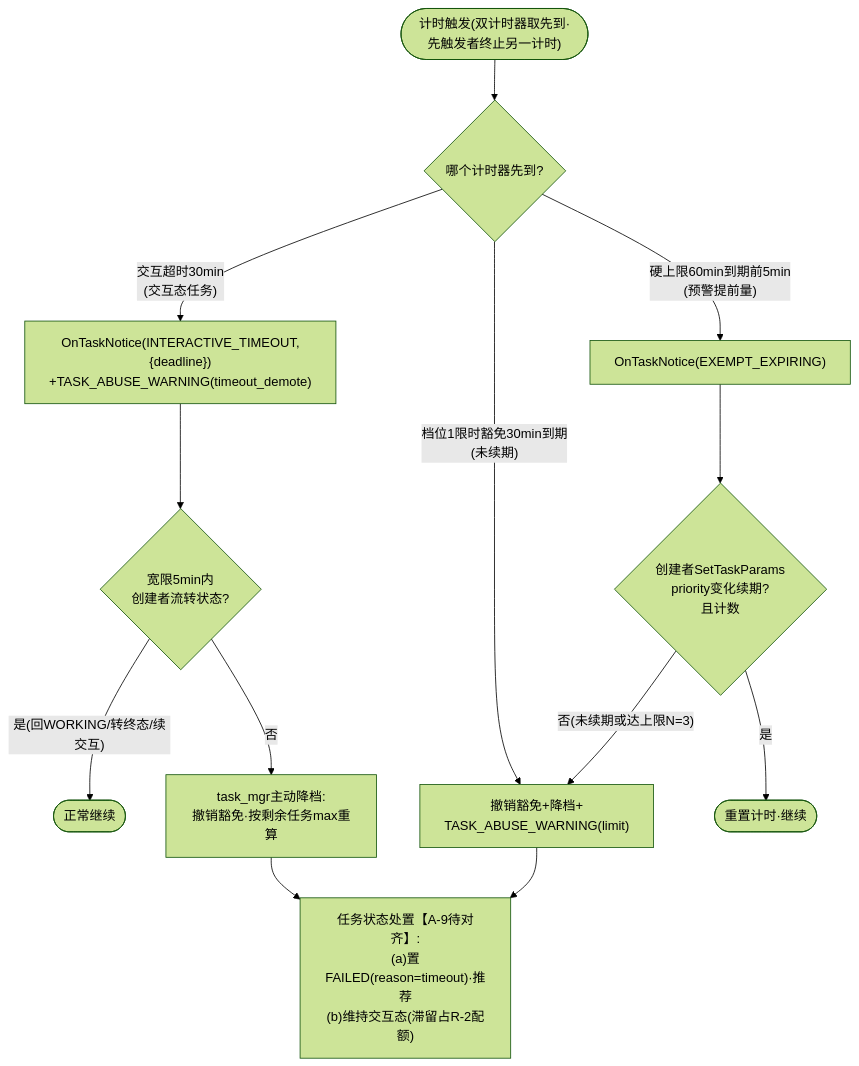
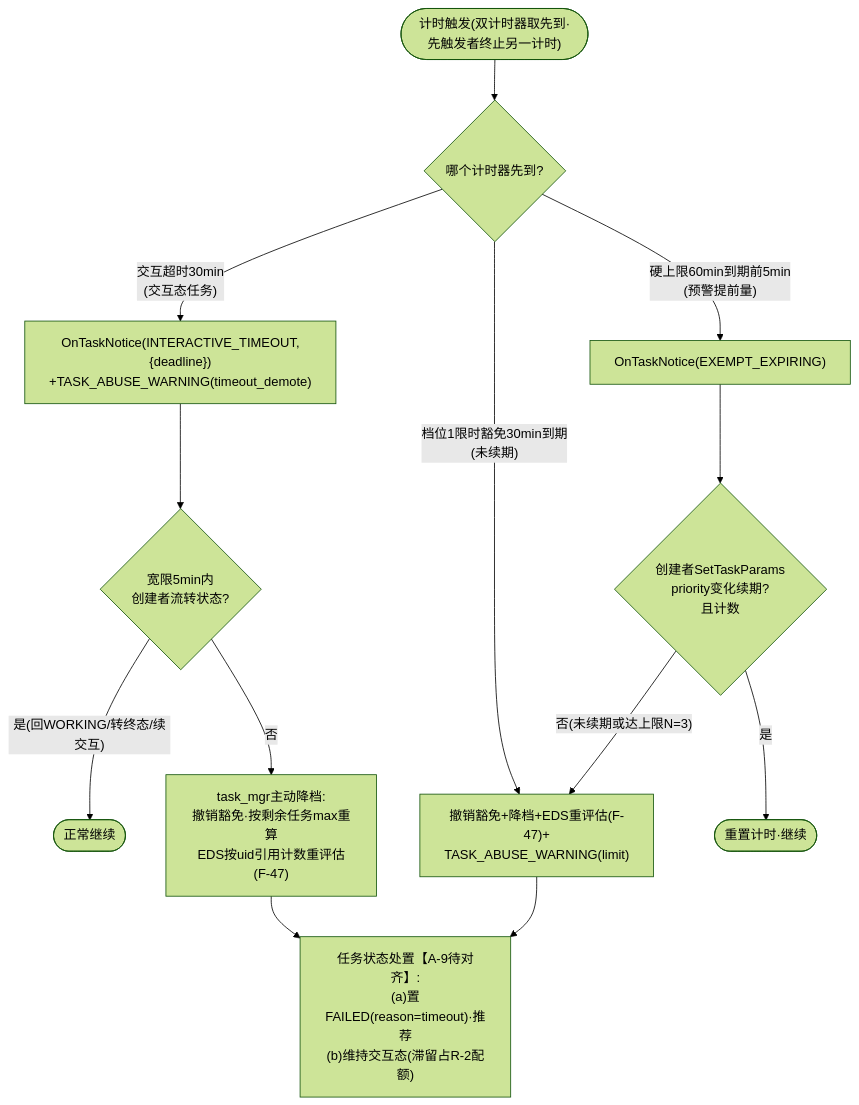
One commit to xuanjiazhen/ability_ability_runtime changed the sixth of 8 diagrams in .codespec/changes/ai-task-manager/docs/flow-diagrams.md. Above: the diagram before and after it, drawn with Mermaid (forest theme). The commit also changed other lines of this file and 6 other files, not shown here.

````diff
--- a/.codespec/changes/ai-task-manager/docs/flow-diagrams.md
+++ b/.codespec/changes/ai-task-manager/docs/flow-diagrams.md
@@ -257,15 +257,15 @@
 ```mermaid
 flowchart TD
     A(["计时触发(双计时器取先到·先触发者终止另一计时)"]) --> W{"哪个计时器先到?"}
     W -- "交互超时30min<br/>(交互态任务)" --> N1["OnTaskNotice(INTERACTIVE_TIMEOUT,{deadline})<br/>+TASK_ABUSE_WARNING(timeout_demote)"]
     N1 --> G{"宽限5min内<br/>创建者流转状态?"}
     G -- "是(回WORKING/转终态/续交互)" --> OK(["正常继续"])
-    G -- "否" --> DM["task_mgr主动降档:<br/>撤销豁免·按剩余任务max重算"]
+    G -- "否" --> DM["task_mgr主动降档:<br/>撤销豁免·按剩余任务max重算<br/>EDS按uid引用计数重评估(F-47)"]
     DM --> A9["任务状态处置【A-9待对齐】:<br/>(a)置FAILED(reason=timeout)·推荐<br/>(b)维持交互态(滞留占R-2配额)"]
-    W -- "档位1限时豁免30min到期<br/>(未续期)" --> DM2["撤销豁免+降档+<br/>TASK_ABUSE_WARNING(limit)"]
+    W -- "档位1限时豁免30min到期<br/>(未续期)" --> DM2["撤销豁免+降档+EDS重评估(F-47)+<br/>TASK_ABUSE_WARNING(limit)"]
     W -- "硬上限60min到期前5min<br/>(预警提前量)" --> WARN["OnTaskNotice(EXEMPT_EXPIRING)"]
     WARN --> RN{"创建者SetTaskParams<br/>priority变化续期?<br/>且计数<N=3?"}
     RN -- "是" --> OK2(["重置计时·继续"])
     RN -- "否(未续期或达上限N=3)" --> DM2
     DM2 --> A9
 ```
````
